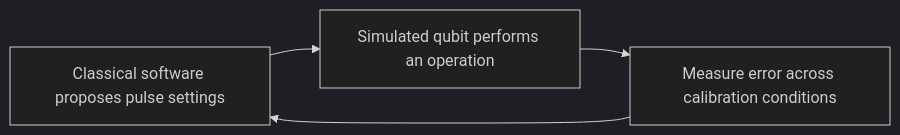
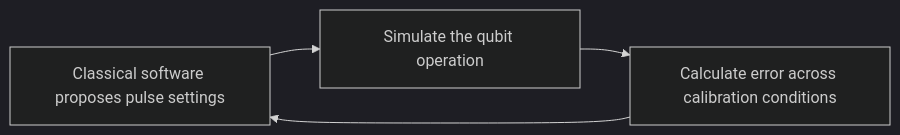
One commit to clduab11/quantum-bridge-lab changed the diagram in README.md. Above: the diagram before and after it, drawn with Mermaid (dark theme). The commit also changed other lines of this file and 2 other files, not shown here.

````diff
--- a/README.md
+++ b/README.md
@@ -15,6 +13,6 @@
 ```mermaid
 flowchart LR
-    A[Classical software proposes pulse settings] --> B[Simulated qubit performs an operation]
-    B --> C[Measure error across calibration conditions]
+    A[Classical software proposes pulse settings] --> B[Simulate the qubit operation]
+    B --> C[Calculate error across calibration conditions]
     C --> A
 ```
````
